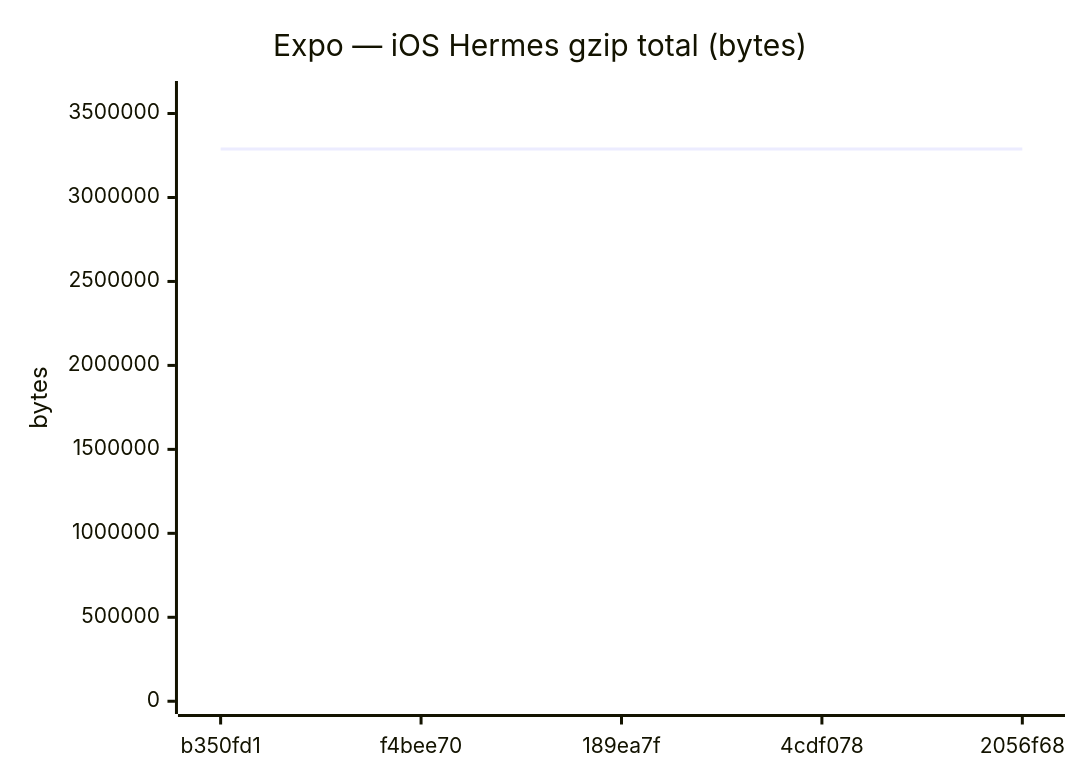
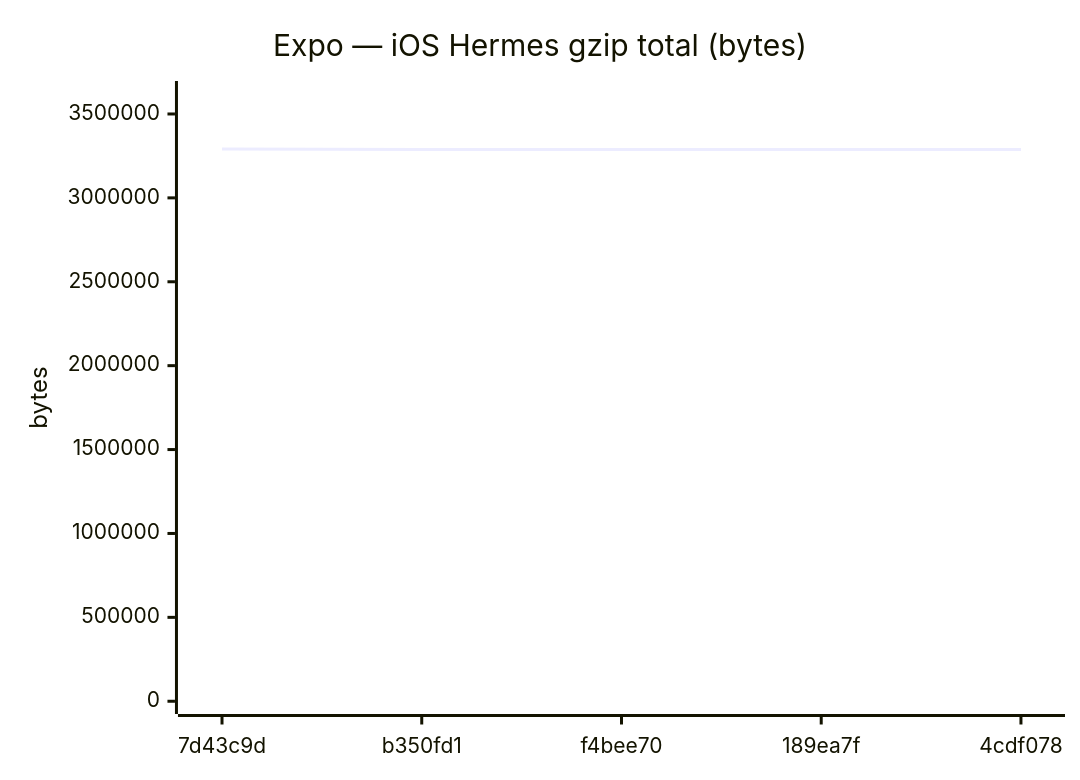
Diagram 12 of 18 in benchmarks/compare.md (Metaheurist/Rianell), drawn with Mermaid before and after one commit. The commit also changed other lines of this file and 11 other files, not shown here.

````diff
--- a/benchmarks/compare.md
+++ b/benchmarks/compare.md
@@ -179,7 +179,7 @@
 ```mermaid
 xychart-beta
     title "Expo — iOS Hermes gzip total (bytes)"
-    x-axis ["b350fd1", "f4bee70", "189ea7f", "4cdf078", "2056f68"]
-    y-axis "bytes" 0 --> 3617765
-    line [3288856, 3288399, 3288861, 3288877, 3288270]
+    x-axis ["7d43c9d", "b350fd1", "f4bee70", "189ea7f", "4cdf078"]
+    y-axis "bytes" 0 --> 3620536
+    line [3291396, 3288856, 3288399, 3288861, 3288877]
 ```
````
